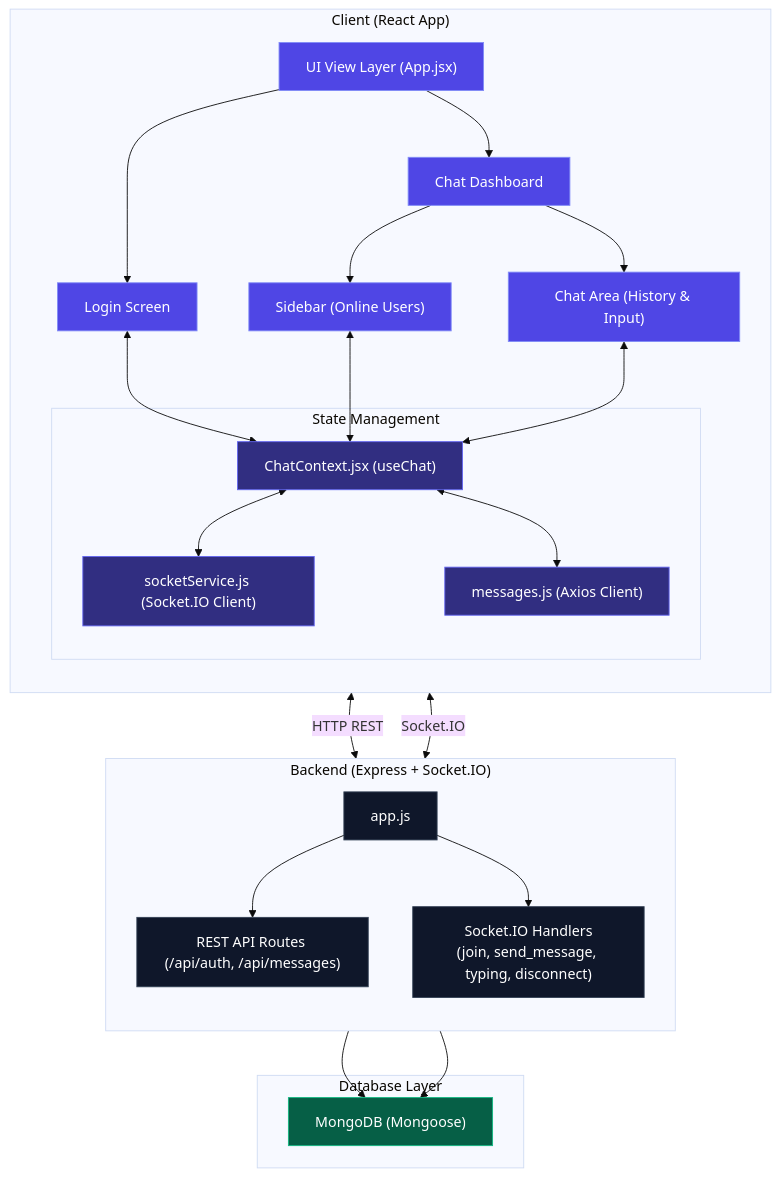
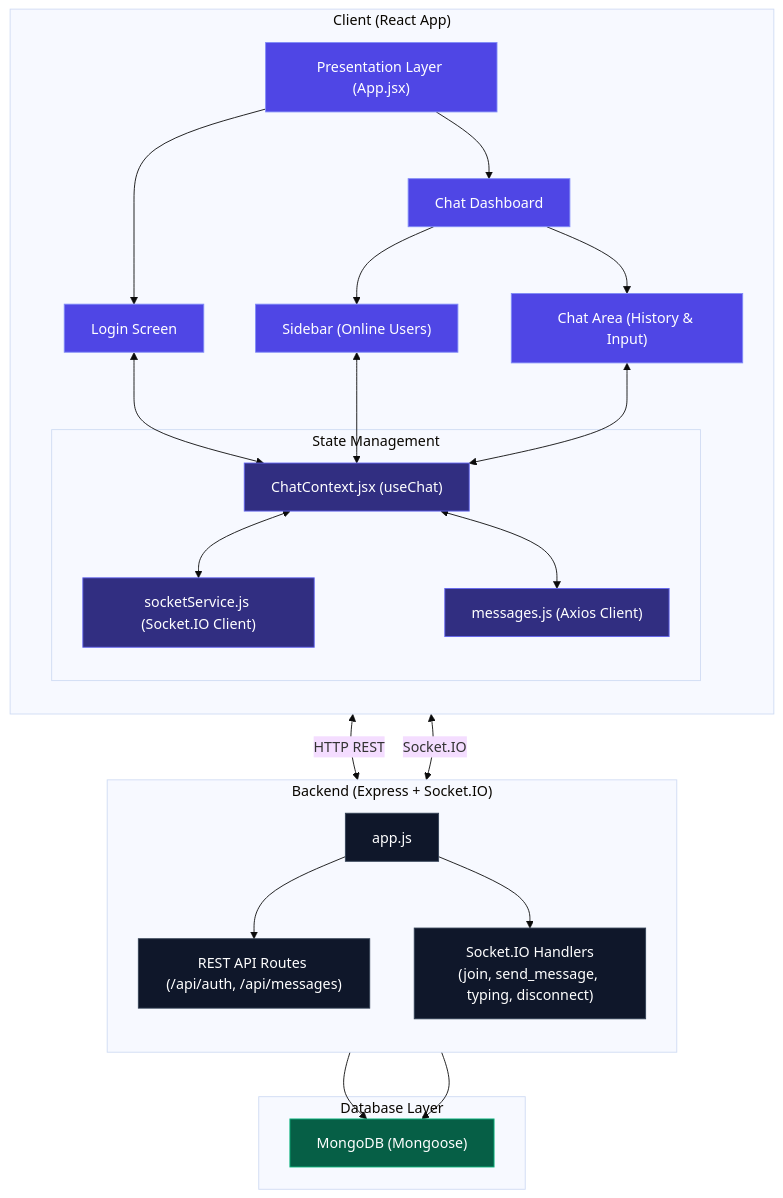
The diagram in README.md (SahilSameer18/chatrix), drawn with Mermaid (base theme) before and after one commit. The commit also changed 1 other file, not shown here.

Commit message:
add missing tailwind theme and improve architecture daigram in readme

````diff
--- a/README.md
+++ b/README.md
@@ -77,76 +77,76 @@
 ```mermaid
 flowchart TB
 
     %% ==========================
     %% Client
     %% ==========================
     subgraph Client["Client (React App)"]
         direction TB
 
-        UI["UI View Layer (App.jsx)"]
+        UI["Presentation Layer (App.jsx)"]
         Login["Login Screen"]
         Dash["Chat Dashboard"]
         Sidebar["Sidebar (Online Users)"]
         ChatArea["Chat Area (History & Input)"]
 
         UI --> Login
         UI --> Dash
         Dash --> Sidebar
         Dash --> ChatArea
 
         subgraph Context["State Management"]
             CC["ChatContext.jsx (useChat)"]
             SS["socketService.js (Socket.IO Client)"]
             APIs["messages.js (Axios Client)"]
         end
 
         Login <--> CC
         Sidebar <--> CC
         ChatArea <--> CC
 
         CC <--> SS
         CC <--> APIs
     end
 
     %% ==========================
     %% Backend
     %% ==========================
     subgraph Backend["Backend (Express + Socket.IO)"]
         direction TB
 
         AppJS["app.js"]
         Routes["REST API Routes (/api/auth, /api/messages)"]
         Sockets["Socket.IO Handlers<br/>(join, send_message, typing, disconnect)"]
 
         AppJS --> Routes
         AppJS --> Sockets
     end
 
     %% ==========================
     %% Database
     %% ==========================
     subgraph Database["Database Layer"]
         DB["MongoDB (Mongoose)"]
     end
 
     %% ==========================
     %% Connections
     %% ==========================
     APIs <-->|HTTP REST| Routes
     SS <-->|Socket.IO| Sockets
     Routes --> DB
     Sockets --> DB
 
     %% ==========================
     %% Styles
     %% ==========================
     classDef client fill:#4f46e5,stroke:#818cf8,color:#ffffff;
     classDef context fill:#312e81,stroke:#6366f1,color:#ffffff;
     classDef server fill:#0f172a,stroke:#334155,color:#ffffff;
     classDef database fill:#065f46,stroke:#10b981,color:#ffffff;
 
     class UI,Login,Dash,Sidebar,ChatArea client;
     class CC,SS,APIs context;
     class AppJS,Routes,Sockets server;
     class DB database;
 ```
````
